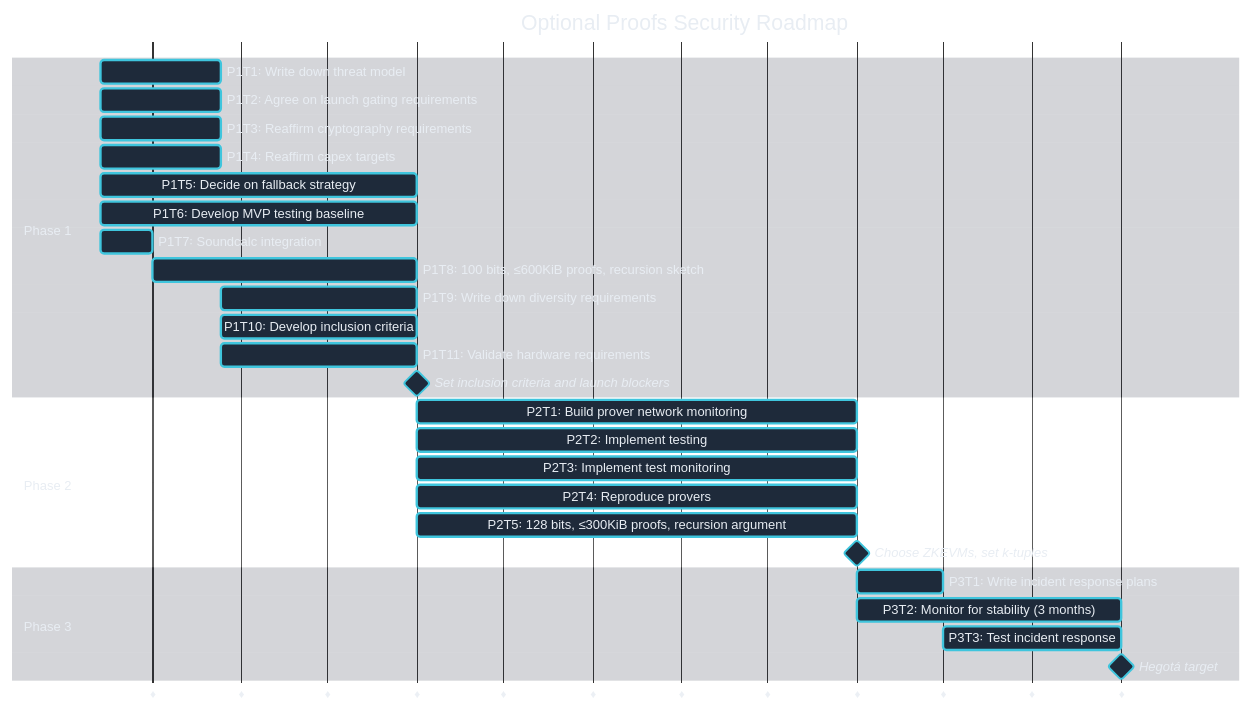
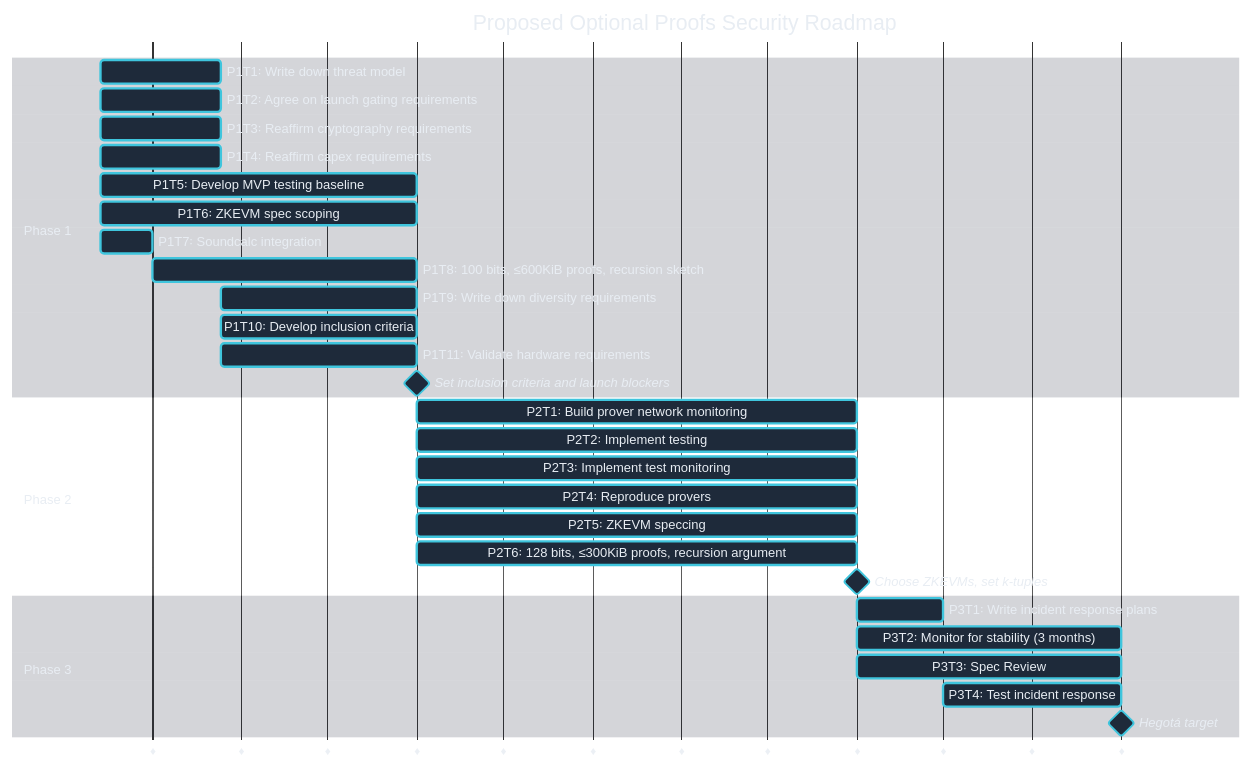
The diagram in 2026-02-11-zkevm-breakout/diagrams/roadmap.mmd (codygunton/talks-and-writing), drawn with Mermaid before and after one commit. The commit also changed 2 other files, not shown here.

Commit message:
write presentation; resize gantt

```diff
--- a/2026-02-11-zkevm-breakout/diagrams/roadmap.mmd
+++ b/2026-02-11-zkevm-breakout/diagrams/roadmap.mmd
@@ -1,66 +1,68 @@
 %%{init: {
   'theme': 'base',
   'themeVariables': {
     'primaryColor': '#1e2a3a',
     'primaryTextColor': '#e8edf3',
     'primaryBorderColor': '#0DAFD2',
     'secondaryColor': '#243044',
     'secondaryTextColor': '#e8edf3',
     'secondaryBorderColor': '#8abff9',
     'tertiaryColor': '#1a2535',
     'tertiaryTextColor': '#e8edf3',
     'lineColor': '#8abff9',
     'textColor': '#e8edf3',
     'mainBkg': '#1e2a3a',
     'sectionBkgColor': '#2a3040',
     'sectionBkgColor2': '#2a3040',
     'gridColor': '#2a3a4e',
     'cScale0': '#3fc5dd',
     'cScale1': '#3fc5dd',
     'cScale2': '#3fc5dd',
     'cScaleLabel0': '#e8edf3',
     'cScaleLabel1': '#e8edf3',
     'cScaleLabel2': '#e8edf3',
     'taskTextColor': '#e8edf3',
     'taskBorderColor': '#3fc5dd',
     'todayLineColor': '#0DAFD2',
     'fontFamily': 'Inter, sans-serif',
     'fontSize': '14px'
   },
   'gantt': { 'useWidth': 1140, 'rightPadding': 200 }
 }}%%
 gantt
-    title Optional Proofs Security Roadmap
+    title Proposed Optional Proofs Security Roadmap
     %% NOTE: the dates below are just to establish relative sizes of bars.
     %% They do not directly correspond to agreed-upon deadlines.
     dateFormat YYYY-MM-DD
     todayMarker off
     axisFormat ♦
 
     section Phase 1
     P1T1꞉ Write down threat model               :p1t1, 2026-02-11, 6w
     P1T2꞉ Agree on launch gating requirements   :p1t2, 2026-02-11, 6w
     P1T3꞉ Reaffirm cryptography requirements    :p1t3, 2026-02-11, 6w
-    P1T4꞉ Reaffirm capex targets                :p1t4, 2026-02-11, 6w
-    P1T5꞉ Decide on fallback strategy           :p1t5, 2026-02-11, 2026-06-01
-    P1T6꞉ Develop MVP testing baseline          :p1t6, 2026-02-11, 2026-06-01
+    P1T4꞉ Reaffirm capex requirements           :p1t4, 2026-02-11, 6w
+    P1T5꞉ Develop MVP testing baseline          :p1t5, 2026-02-11, 2026-06-01
+    P1T6꞉ ZKEVM spec scoping                    :p1t6, 2026-02-11, 2026-06-01
     P1T7꞉ Soundcalc integration                 :p1t7, 2026-02-11, 2026-03-01
     P1T8꞉ 100 bits, ≤600KiB proofs, recursion sketch  :p1t8, after p1t7, 2026-06-01
     P1T9꞉ Write down diversity requirements     :p1t9, after p1t2, 2026-06-01
     P1T10꞉ Develop inclusion criteria           :p1t10, after p1t2, 2026-06-01
     P1T11꞉ Validate hardware requirements       :p1t11, after p1t4, 2026-06-01
     Set inclusion criteria and launch blockers   :milestone, 2026-06-01, 0d
 
     section Phase 2
     P2T1꞉ Build prover network monitoring       :p2t1, 2026-06-01, 2026-11-01
     P2T2꞉ Implement testing                     :p2t2, 2026-06-01, 2026-11-01
     P2T3꞉ Implement test monitoring             :p2t3, 2026-06-01, 2026-11-01
     P2T4꞉ Reproduce provers                     :p2t4, 2026-06-01, 2026-11-01
-    P2T5꞉ 128 bits, ≤300KiB proofs, recursion argument :p2t5, 2026-06-01, 2026-11-01
+    P2T5꞉ ZKEVM speccing                        :p2t5, 2026-06-01, 2026-11-01
+    P2T6꞉ 128 bits, ≤300KiB proofs, recursion argument :p2t6, 2026-06-01, 2026-11-01
     Choose ZKEVMs, set k-tuples                  :milestone, 2026-11-01, 0d
 
     section Phase 3
     P3T1꞉ Write incident response plans         :p3t1, 2026-11-01, 2026-12-01
     P3T2꞉ Monitor for stability (3 months)      :p3t2, 2026-11-01, 2027-02-01
-    P3T3꞉ Test incident response                :p3t3, 2026-12-01, 2027-02-01
+    P3T3꞉ Spec Review                           :p3t3, 2026-11-01, 2027-02-01
+    P3T4꞉ Test incident response                :p3t4, 2026-12-01, 2027-02-01
     Hegotá target                                :milestone, 2027-02-01, 0d
```
